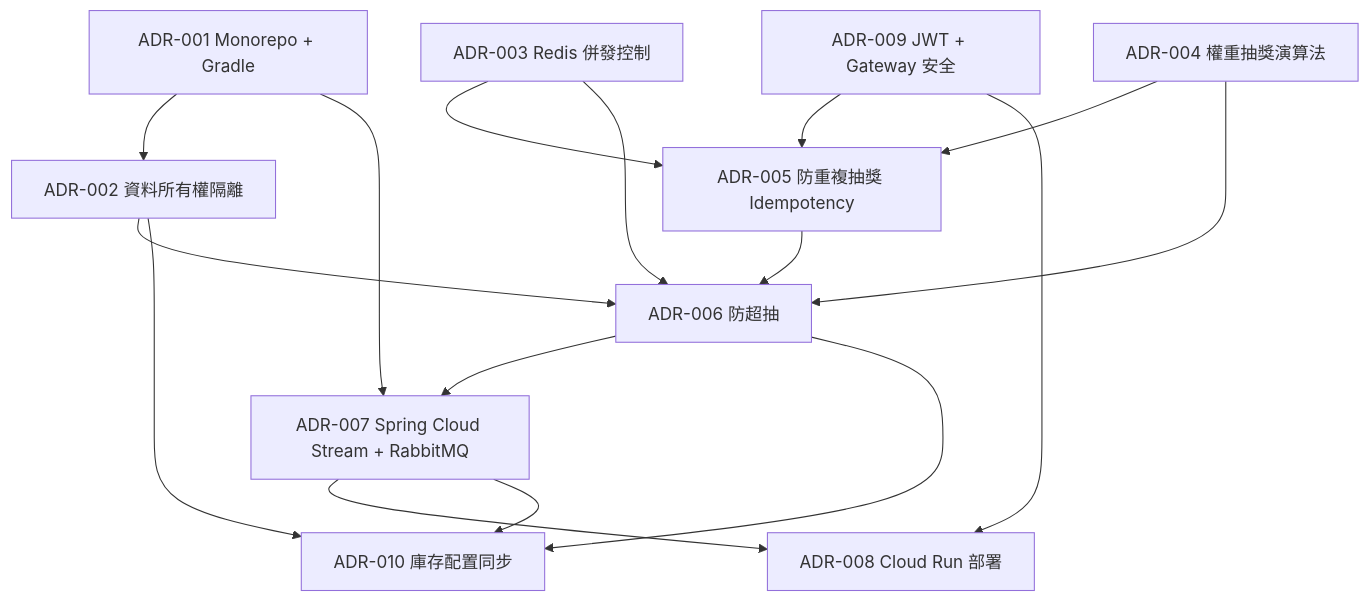
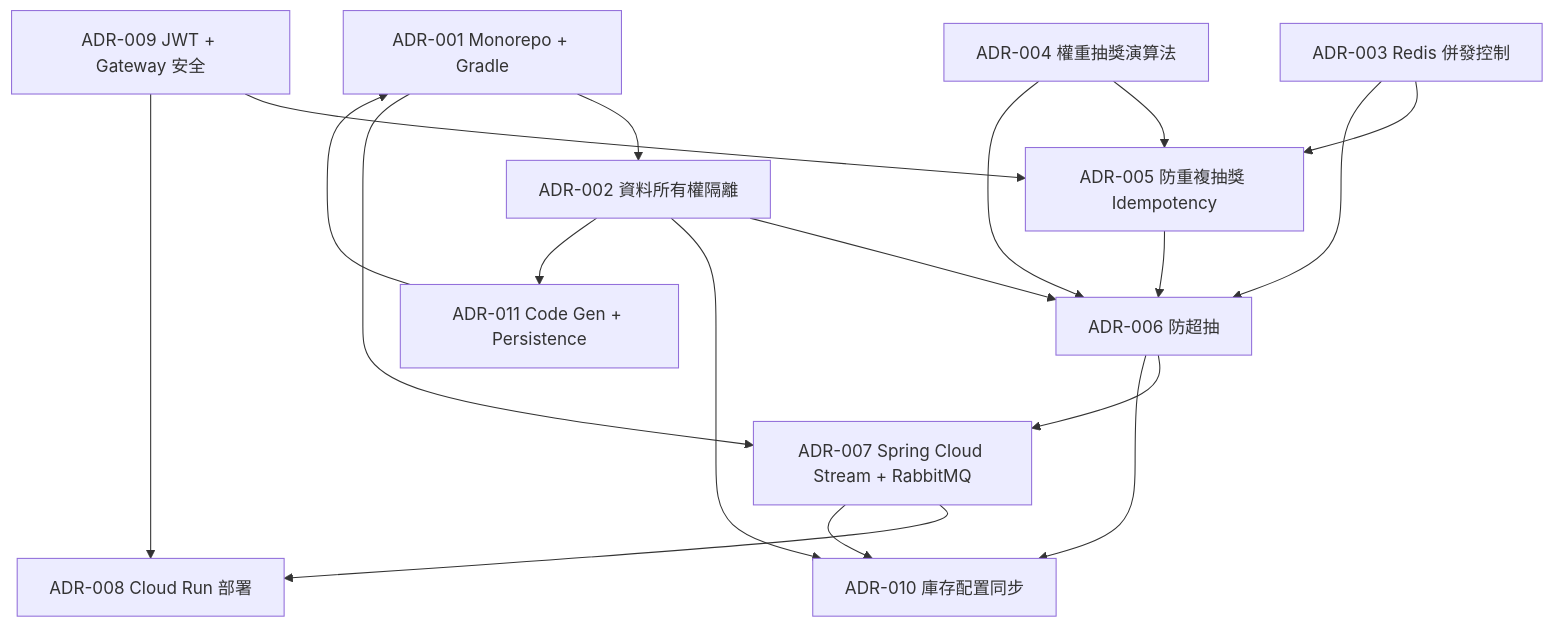
Before and after one commit to jjyung/lucky-draw-system: the diagram in docs/adr/README.md, drawn with Mermaid. The commit also changed other lines of this file and 3 other files, not shown here.

First line of the commit message:
docs(adr,rules): add ADR-011 codegen/persistence strategy + unit testing rule

````diff
--- a/docs/adr/README.md
+++ b/docs/adr/README.md
@@ -22,29 +23,32 @@
 ```mermaid
 graph TD
     A1["ADR-001 Monorepo + Gradle"]
     A2["ADR-002 資料所有權隔離"]
     A3["ADR-003 Redis 併發控制"]
     A4["ADR-004 權重抽獎演算法"]
     A5["ADR-005 防重複抽獎 Idempotency"]
     A6["ADR-006 防超抽"]
     A7["ADR-007 Spring Cloud Stream + RabbitMQ"]
     A8["ADR-008 Cloud Run 部署"]
     A9["ADR-009 JWT + Gateway 安全"]
     A10["ADR-010 庫存配置同步"]
+    A11["ADR-011 Code Gen + Persistence"]
 
     A1 --> A2
     A1 --> A7
     A2 --> A6
     A3 --> A5
     A3 --> A6
     A4 --> A5
     A4 --> A6
     A5 --> A6
     A6 --> A7
     A7 --> A8
     A9 --> A5
     A9 --> A8
     A2 --> A10
     A6 --> A10
     A7 --> A10
+    A2 --> A11
+    A11 --> A1
 ```
````
